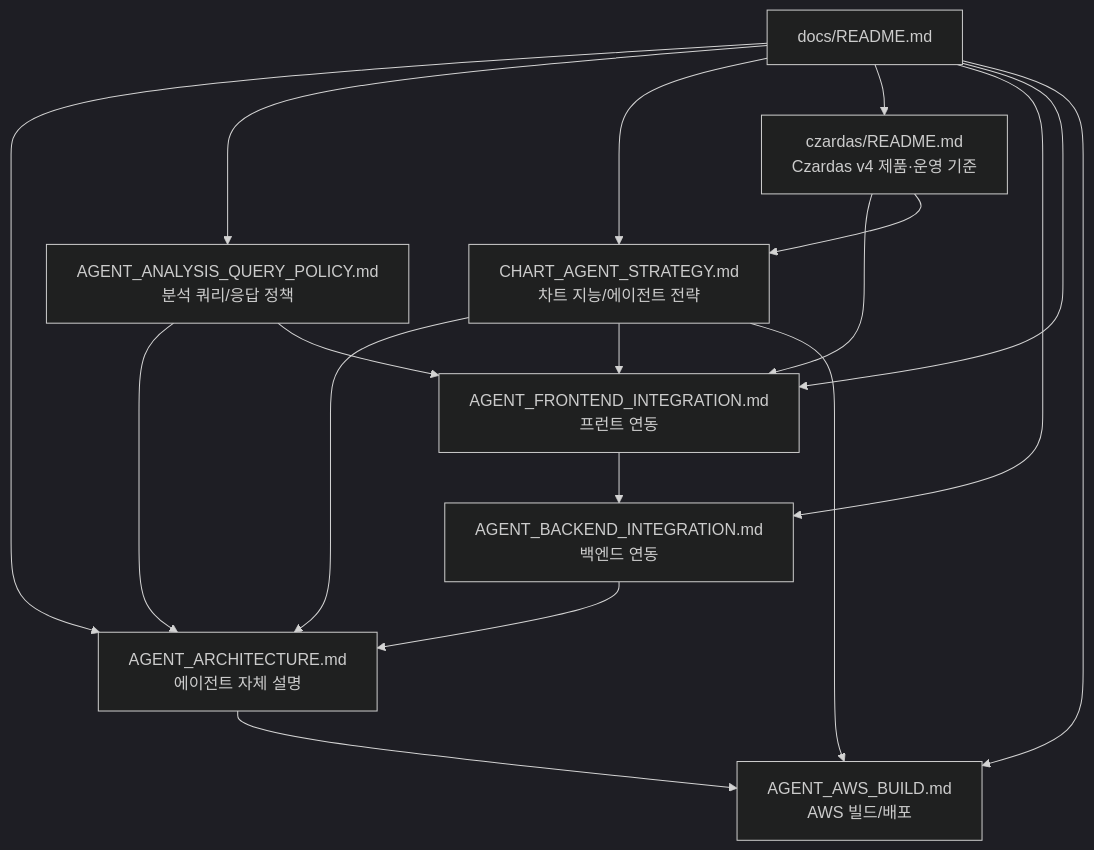
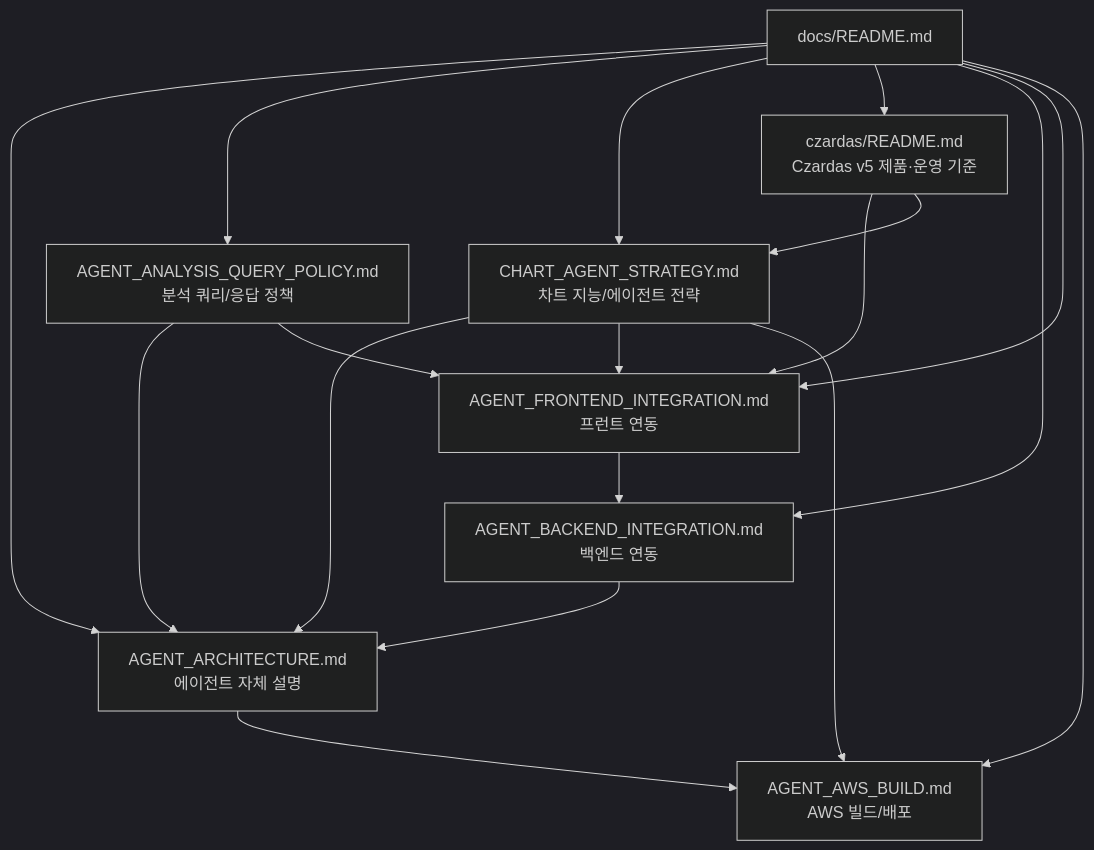
Before and after one commit to KFJG-Team1/gops: the diagram in docs/README.md, drawn with Mermaid (dark theme). The commit also changed other lines of this file and 34 other files, not shown here.

````diff
--- a/docs/README.md
+++ b/docs/README.md
@@ -6,29 +6,29 @@
 ```mermaid
 flowchart TD
   README["docs/README.md"]
   ARCH["AGENT_ARCHITECTURE.md<br/>에이전트 자체 설명"]
   POLICY["AGENT_ANALYSIS_QUERY_POLICY.md<br/>분석 쿼리/응답 정책"]
   CHARTAGENT["CHART_AGENT_STRATEGY.md<br/>차트 지능/에이전트 전략"]
-  CZARDAS["czardas/README.md<br/>Czardas v4 제품·운영 기준"]
+  CZARDAS["czardas/README.md<br/>Czardas v5 제품·운영 기준"]
   BE["AGENT_BACKEND_INTEGRATION.md<br/>백엔드 연동"]
   FE["AGENT_FRONTEND_INTEGRATION.md<br/>프런트 연동"]
   AWS["AGENT_AWS_BUILD.md<br/>AWS 빌드/배포"]
 
   README --> ARCH
   README --> POLICY
   README --> CHARTAGENT
   README --> CZARDAS
   README --> BE
   README --> FE
   README --> AWS
   POLICY --> ARCH
   CHARTAGENT --> ARCH
   CHARTAGENT --> FE
   CHARTAGENT --> AWS
   CZARDAS --> FE
   CZARDAS --> CHARTAGENT
   POLICY --> FE
   FE --> BE
   BE --> ARCH
   ARCH --> AWS
 ```
````
